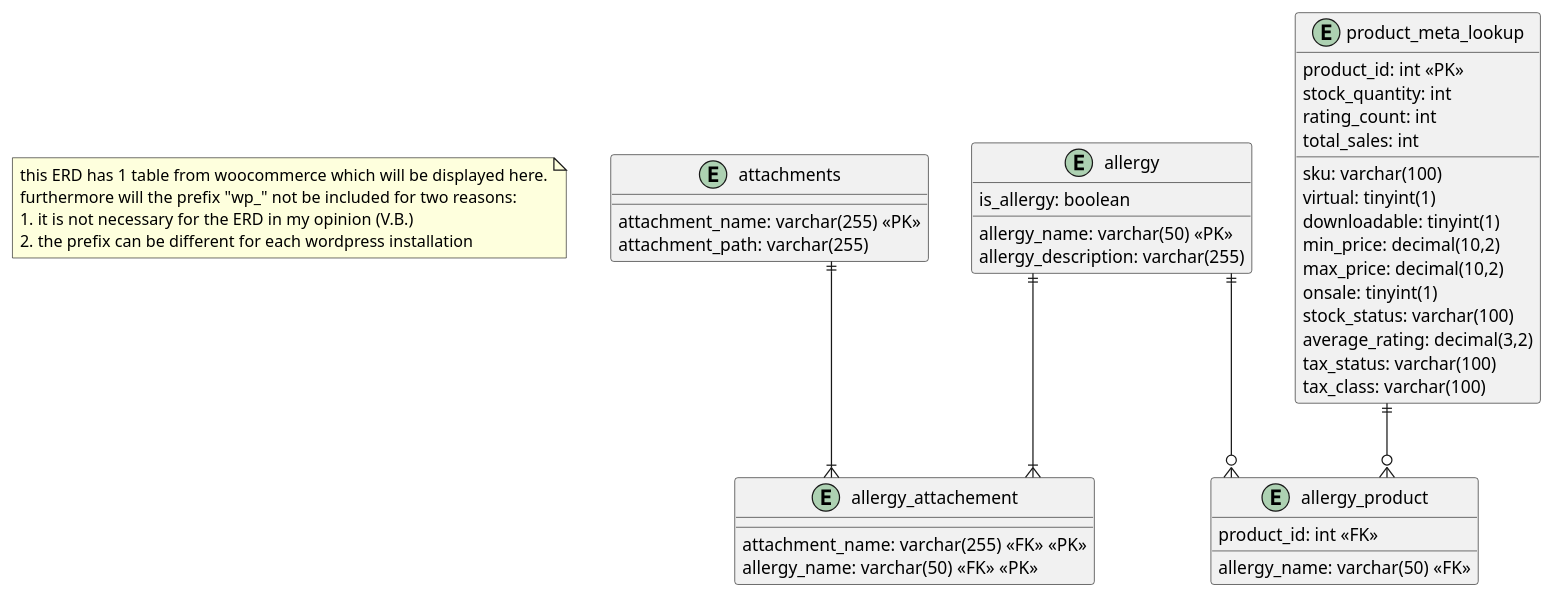
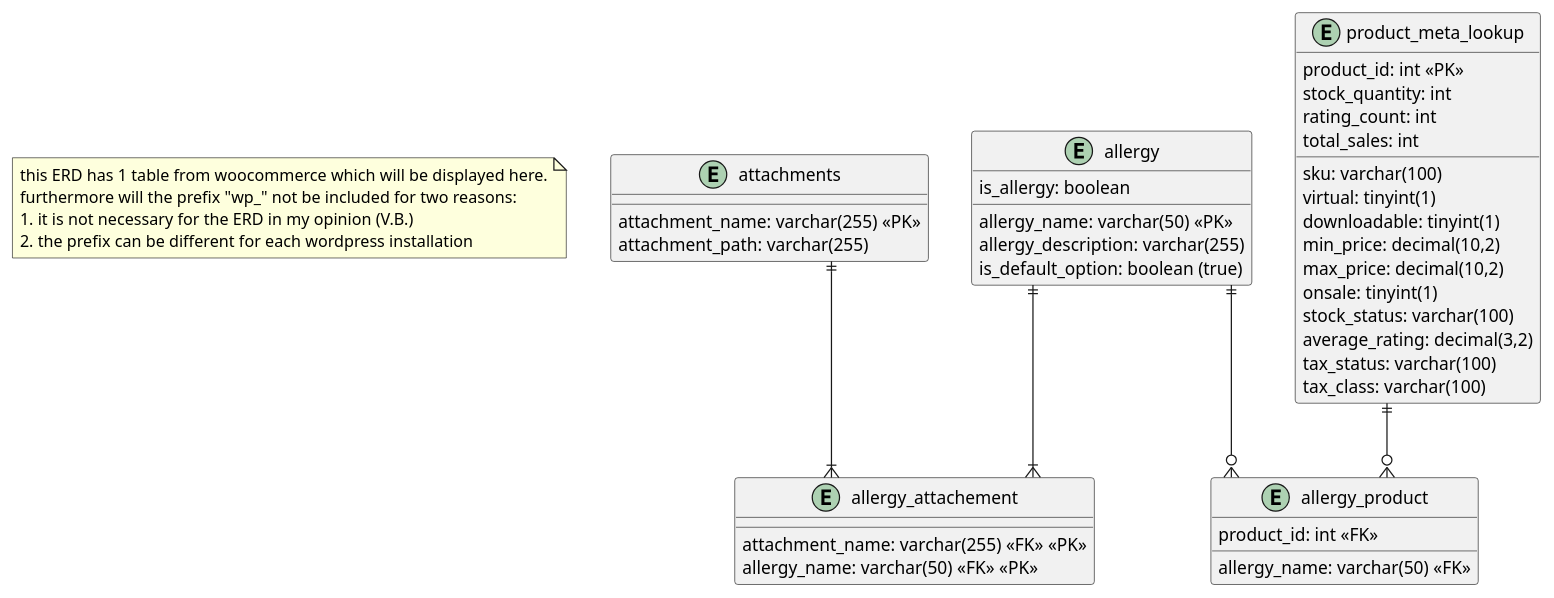
Before and after one commit to VerdiB/wp_allergenen_pro: the diagram in UML/ERD.puml, drawn with PlantUML. The commit also changed 2 other files, not shown here.

Commit message:
Uml update

```diff
--- a/UML/ERD.puml
+++ b/UML/ERD.puml
@@ -2,53 +2,54 @@
 @startuml db-design
 skinparam Linetype ortho
 note as N1
 this ERD has 1 table from woocommerce which will be displayed here.
 furthermore will the prefix "wp_" not be included for two reasons:
 1. it is not necessary for the ERD in my opinion (V.B.)
 2. the prefix can be different for each wordpress installation
 end note
 
 entity "allergy"{
    allergy_name: varchar(50) <<PK>>
    allergy_description: varchar(255)
    is_allergy: boolean   
+   is_default_option: boolean (true)
 }
 
 entity "attachments"{
     attachment_name: varchar(255) <<PK>>
     attachment_path: varchar(255)
 }
 
 entity "allergy_attachement"{
     attachment_name: varchar(255) <<FK>> <<PK>>
     allergy_name: varchar(50) <<FK>> <<PK>>
 } 
 
 entity "allergy_product"{
    product_id: int <<FK>>
    allergy_name: varchar(50) <<FK>>
 }
 
 entity "product_meta_lookup"{
     product_id: int <<PK>>
     sku: varchar(100)
     virtual: tinyint(1)
     downloadable: tinyint(1)
     min_price: decimal(10,2)
     max_price: decimal(10,2)
     onsale: tinyint(1)
     stock_quantity: int
     stock_status: varchar(100)
     rating_count: int
     average_rating: decimal(3,2)
     total_sales: int
     tax_status: varchar(100)
     tax_class: varchar(100)
 }
 
 allergy ||--o{ allergy_product
 allergy ||--|{ allergy_attachement
 attachments ||--|{ allergy_attachement
 product_meta_lookup ||--o{ allergy_product
 
 @enduml
```
